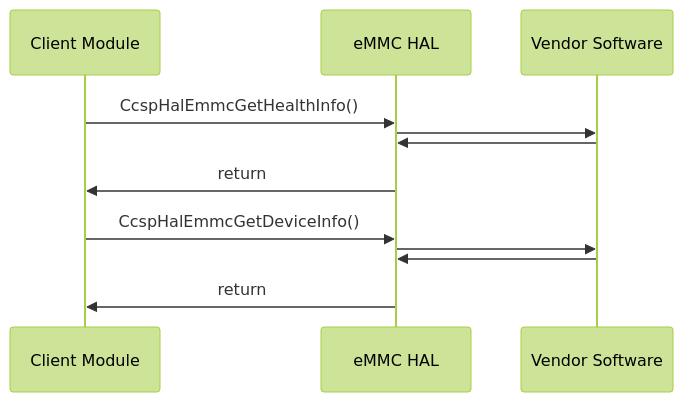
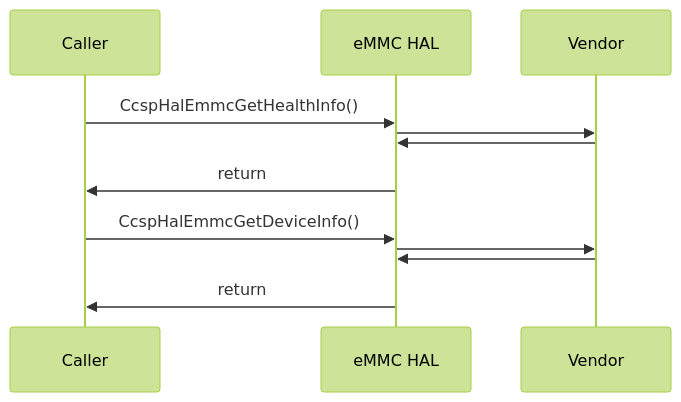
The diagram in docs/pages/eMMCHalSpec.md (rdkcentral/rdkb-halif-emmc), drawn with Mermaid (forest theme) before and after one commit. The commit also changed other lines of this file, not shown here.

````diff
--- a/docs/pages/eMMCHalSpec.md
+++ b/docs/pages/eMMCHalSpec.md
@@ -128,15 +128,15 @@
 ```mermaid
 sequenceDiagram
-participant Client Module
+participant Caller
 participant eMMC HAL
-participant Vendor Software
-Client Module ->>eMMC HAL: CcspHalEmmcGetHealthInfo()
-eMMC HAL->>Vendor Software: 
-Vendor Software ->>eMMC HAL: 
-eMMC HAL->>Client Module: return
+participant Vendor
+Caller ->>eMMC HAL: CcspHalEmmcGetHealthInfo()
+eMMC HAL->>Vendor: 
+Vendor ->>eMMC HAL: 
+eMMC HAL->>Caller: return
 
-Client Module ->>eMMC HAL: CcspHalEmmcGetDeviceInfo()
-eMMC HAL->>Vendor Software: 
-Vendor Software ->>eMMC HAL: 
-eMMC HAL->>Client Module: return
+Caller ->>eMMC HAL: CcspHalEmmcGetDeviceInfo()
+eMMC HAL->>Vendor: 
+Vendor ->>eMMC HAL: 
+eMMC HAL->>Caller: return
 ```
````
